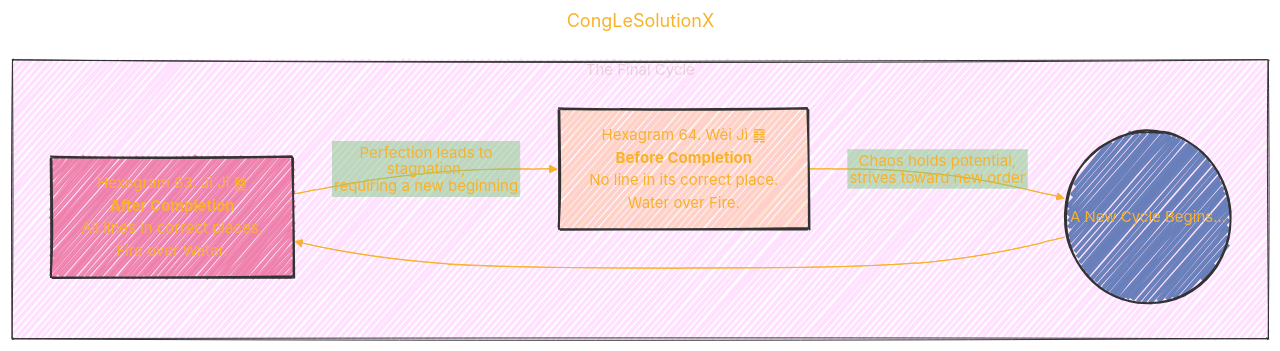
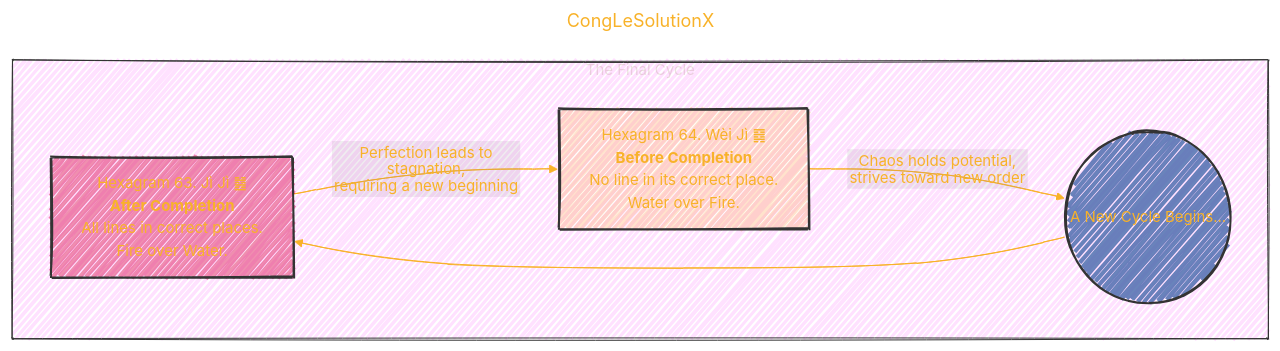
Before and after one commit to CongLeSolutionX/Harmonic_Atomica: the third of 4 diagrams in I_CHING/Explain_I_Ching/Explain_I_Ching_Sytem_Part_2.md, drawn with Mermaid.

Commit message:
update notes

````diff
--- a/I_CHING/Explain_I_Ching/Explain_I_Ching_Sytem_Part_2.md
+++ b/I_CHING/Explain_I_Ching/Explain_I_Ching_Sytem_Part_2.md
@@ -216,41 +216,41 @@
 ```mermaid
 ---
 title: "CongLeSolutionX"
 author: "Cong Le"
 version: "1.0"
 license(s): "MIT, CC BY 4.0"
 copyright: "Copyright © 2025 Cong Le. All Rights Reserved."
 config:
   theme: base
   look: handDrawn
 ---
 %%{
   init: {
     'flowchart': { 'htmlLabels': false },
     'fontFamily': 'American Typewriter',
     'themeVariables': {
       'primaryColor': '#fc82',
       'primaryTextColor': '#F8B229',
       'primaryBorderColor': '#27AE60',
-      'secondaryColor': '#81c784',
+      'secondaryColor': '#8784',
       'secondaryTextColor': '#6C3483',
       'lineColor': '#F8B229',
       'fontSize': '15px'
     }
   }
 }%%
 flowchart TD
     subgraph The_Final_Cycle["The Final Cycle"]
     style The_Final_Cycle fill:#F2F2,stroke:#333,stroke-width:1px, color: #FFFF
         A["Hexagram 63. Jì Jì ䷾<br><b>After Completion</b><br>All lines in correct places.<br>Fire over Water."]
         B["Hexagram 64. Wèi Jì ䷿<br><b>Before Completion</b><br>No line in its correct place.<br>Water over Fire."]
         
         A -- "Perfection leads to stagnation,<br>requiring a new beginning" --> B
         B -- "Chaos holds potential,<br>strives toward new order" --> C((A New Cycle Begins...))
         C --> A
     end
     
     style A fill:#d157, stroke:#333, stroke-width:2px;
     style B fill:#fa65, stroke:#333, stroke-width:2px;
     style C fill:#46ac, stroke:#333, stroke-width:2px;
 ```
````
